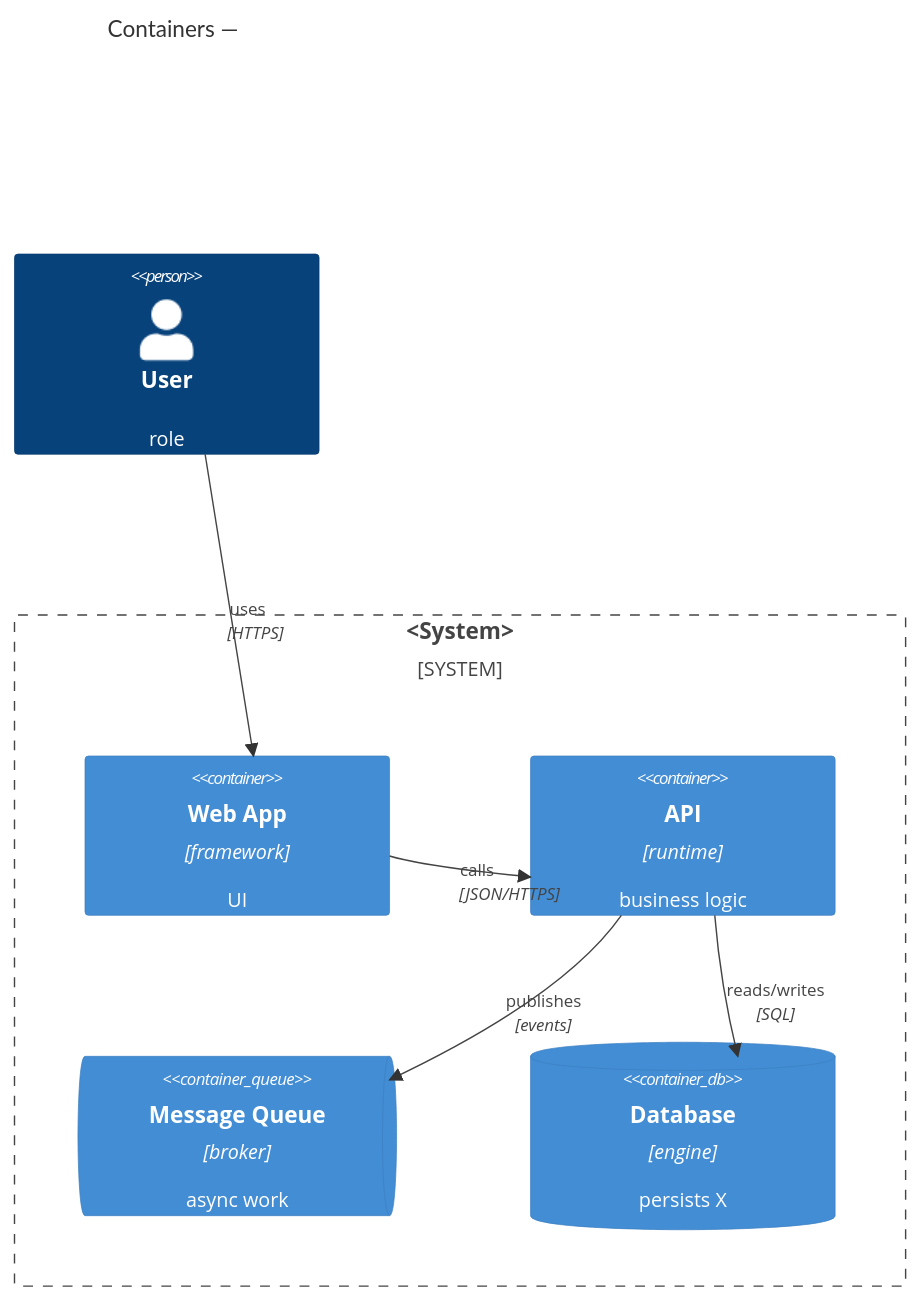
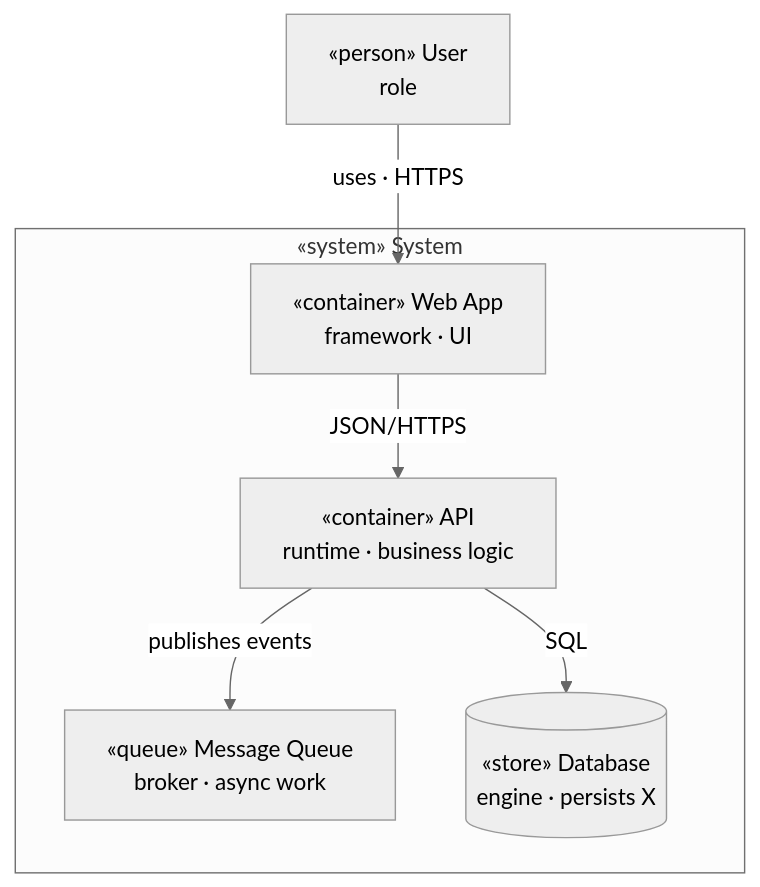
The second of 11 diagrams in references/diagrams.md (ccosming/skills), drawn with Mermaid before and after one commit. The commit also changed other lines of this file and 5 other files, not shown here.

First line of the commit message:
refactor(diagrams): render every view as a monochrome neutral flowchart

````diff
--- a/references/diagrams.md
+++ b/references/diagrams.md
@@ -47,15 +60,15 @@
 ```mermaid
-C4Container
-  title Containers — <system>
-  Person(user, "User", "role")
-  System_Boundary(b, "<System>") {
-    Container(web, "Web App", "framework", "UI")
-    Container(api, "API", "runtime", "business logic")
-    ContainerQueue(mq, "Message Queue", "broker", "async work")
-    ContainerDb(db, "Database", "engine", "persists X")
-  }
-  Rel(user, web, "uses", "HTTPS")
-  Rel(web, api, "calls", "JSON/HTTPS")
-  Rel(api, db, "reads/writes", "SQL")
-  Rel(api, mq, "publishes", "events")
+%%{init: {'theme':'neutral'}}%%
+flowchart TD
+  user["«person» User<br/>role"]
+  subgraph sys["«system» System"]
+    web["«container» Web App<br/>framework · UI"]
+    api["«container» API<br/>runtime · business logic"]
+    mq["«queue» Message Queue<br/>broker · async work"]
+    db[("«store» Database<br/>engine · persists X")]
+  end
+  user -->|"uses · HTTPS"| web
+  web -->|"JSON/HTTPS"| api
+  api -->|SQL| db
+  api -->|"publishes events"| mq
 ```
````
